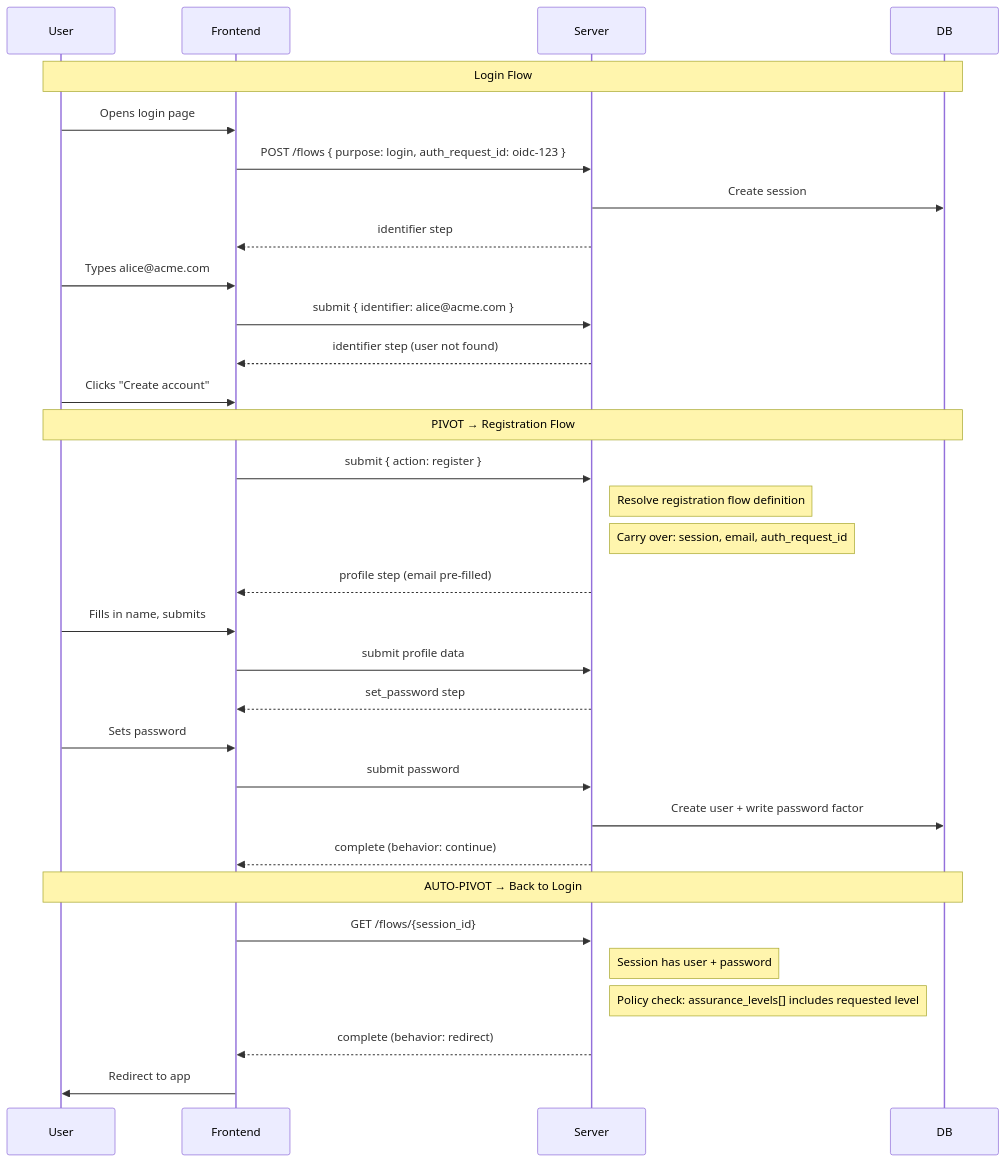
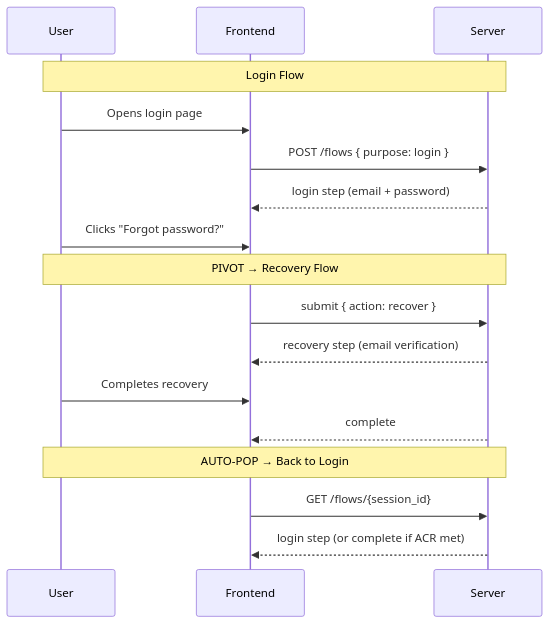
The seventh of 11 diagrams in docs/design/flowengine/flow-engine-guide.md (zitadel/nextgen), drawn with Mermaid before and after one commit. The commit also changed other lines of this file and 10 other files, not shown here.

Commit message:
refactor: simplify flow engine to schema-driven step model

````diff
--- a/docs/design/flowengine/flow-engine-guide.md
+++ b/docs/design/flowengine/flow-engine-guide.md
@@ -524,37 +521,22 @@
 ```mermaid
 sequenceDiagram
     participant User
     participant Frontend
     participant Server
-    participant DB
 
-    Note over User,DB: Login Flow
+    Note over User,Server: Login Flow
     User->>Frontend: Opens login page
-    Frontend->>Server: POST /flows { purpose: login, auth_request_id: oidc-123 }
-    Server->>DB: Create session
-    Server-->>Frontend: identifier step
-    User->>Frontend: Types alice@acme.com
-    Frontend->>Server: submit { identifier: alice@acme.com }
-    Server-->>Frontend: identifier step (user not found)
-    User->>Frontend: Clicks "Create account"
+    Frontend->>Server: POST /flows { purpose: login }
+    Server-->>Frontend: login step (email + password)
+    User->>Frontend: Clicks "Forgot password?"
 
-    Note over User,DB: PIVOT → Registration Flow
-    Frontend->>Server: submit { action: register }
-    Note right of Server: Resolve registration flow definition
-    Note right of Server: Carry over: session, email, auth_request_id
-    Server-->>Frontend: profile step (email pre-filled)
-    User->>Frontend: Fills in name, submits
-    Frontend->>Server: submit profile data
-    Server-->>Frontend: set_password step
-    User->>Frontend: Sets password
-    Frontend->>Server: submit password
-    Server->>DB: Create user + write password factor
-    Server-->>Frontend: complete (behavior: continue)
+    Note over User,Server: PIVOT → Recovery Flow
+    Frontend->>Server: submit { action: recover }
+    Server-->>Frontend: recovery step (email verification)
+    User->>Frontend: Completes recovery
+    Server-->>Frontend: complete
 
-    Note over User,DB: AUTO-PIVOT → Back to Login
+    Note over User,Server: AUTO-POP → Back to Login
     Frontend->>Server: GET /flows/{session_id}
-    Note right of Server: Session has user + password
-    Note right of Server: Policy check: assurance_levels[] includes requested level
-    Server-->>Frontend: complete (behavior: redirect)
-    Frontend->>User: Redirect to app
+    Server-->>Frontend: login step (or complete if ACR met)
 ```
````
